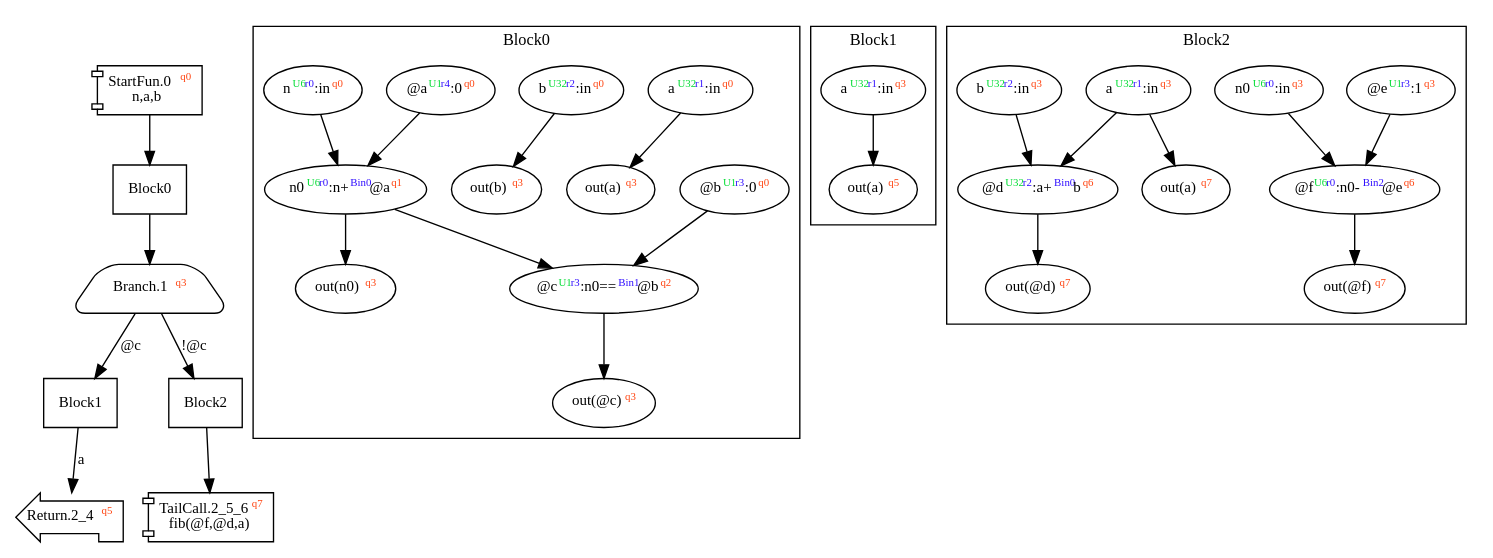
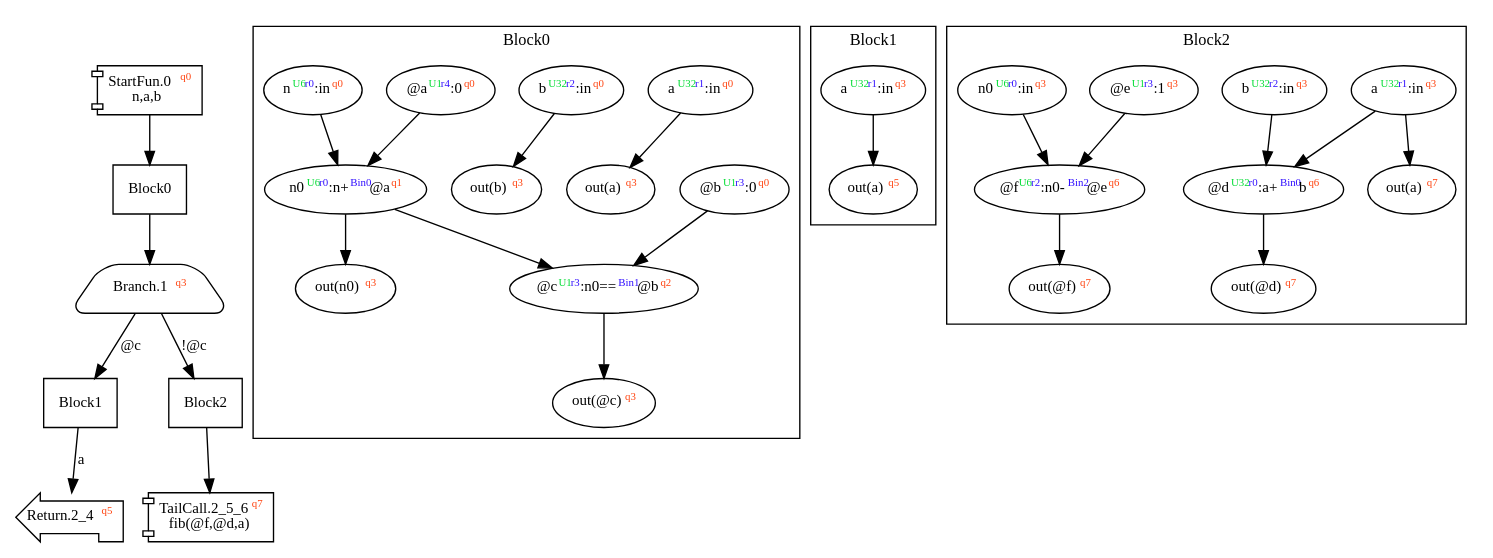
One commit to akouryy/SyntheScala changed the diagram in dist/fib.dot. Above: the diagram before and after it, drawn with Graphviz. The commit also changed 20 other files, not shown here.

Commit message:
Improve GraphDrawer using IndentedStringBuilder

```diff
--- a/dist/fib.dot
+++ b/dist/fib.dot
@@ -1,46 +1,71 @@
 digraph Program_ {
-graph [fontname = "Monaco", fontsize = 12, ranksep = 0.5];
-node [shape = box, fontname = "Monaco", fontsize = 11; colorscheme = pastel19];
-edge [fontname = "Monaco", fontsize = 11; colorscheme = pastel19];
-Jump0[label = <StartFun.0<font color="#ff4411" point-size="8"><sup>q0</sup></font><br/>n,a,b>; shape = component];
-Jump0 -> Block0;
-Jump1[
-  label = <Branch.1<font color="#ff4411" point-size="8"><sup>q3</sup></font>>;
-  shape = trapezium; style = rounded;
-];
-Block0 -> Jump1;
-Jump1 -> Block1 [label="@c"];
-Jump1 -> Block2 [label="!@c"];
-Jump2_4[label = <Return.2_4<font color="#ff4411" point-size="8"><sup>q5</sup></font>>; shape = lpromoter];
-Block1 -> Jump2_4 [label="a"];
-Jump2_5_6[label = <TailCall.2_5_6<font color="#ff4411" point-size="8"><sup>q7</sup></font><br/>fib(@f,@d,a)>; shape = component];
-Block2 -> Jump2_5_6;
-Block0 [label = "Block0"];
-Block1 [label = "Block1"];
-Block2 [label = "Block2"];
-subgraph cluster_dfg_Block0{
-node [shape = oval];
-label = "Block0";
-ndBlock0_0 [label=<out(b)<font color="#ff4411" point-size="8"><sup>q3</sup></font>>];ndBlock0_1 [label=<out(n0)<font color="#ff4411" point-size="8"><sup>q3</sup></font>>];ndBlock0_2 [label=<@b<font color="#00dd33" point-size="8"><sup>U1</sup></font><font color="#3311ff" point-size="8"><sup>r3</sup></font>:0<font color="#ff4411" point-size="8"><sup>q0</sup></font>>];ndBlock0_3 [label=<out(@c)<font color="#ff4411" point-size="8"><sup>q3</sup></font>>];ndBlock0_4 [label=<a<font color="#00dd33" point-size="8"><sup>U32</sup></font><font color="#3311ff" point-size="8"><sup>r1</sup></font>:in<font color="#ff4411" point-size="8"><sup>q0</sup></font>>];ndBlock0_5 [label=<b<font color="#00dd33" point-size="8"><sup>U32</sup></font><font color="#3311ff" point-size="8"><sup>r2</sup></font>:in<font color="#ff4411" point-size="8"><sup>q0</sup></font>>];ndBlock0_6 [label=<out(a)<font color="#ff4411" point-size="8"><sup>q3</sup></font>>];ndBlock0_7 [label=<n0<font color="#00dd33" point-size="8"><sup>U6</sup></font><font color="#3311ff" point-size="8"><sup>r0</sup></font>:n+<font color="#3311ff" point-size="8"><sup>Bin0</sup></font>@a<font color="#ff4411" point-size="8"><sup>q1</sup></font>>];ndBlock0_8 [label=<@c<font color="#00dd33" point-size="8"><sup>U1</sup></font><font color="#3311ff" point-size="8"><sup>r3</sup></font>:n0==<font color="#3311ff" point-size="8"><sup>Bin1</sup></font>@b<font color="#ff4411" point-size="8"><sup>q2</sup></font>>];ndBlock0_9 [label=<@a<font color="#00dd33" point-size="8"><sup>U1</sup></font><font color="#3311ff" point-size="8"><sup>r4</sup></font>:0<font color="#ff4411" point-size="8"><sup>q0</sup></font>>];ndBlock0_10 [label=<n<font color="#00dd33" point-size="8"><sup>U6</sup></font><font color="#3311ff" point-size="8"><sup>r0</sup></font>:in<font color="#ff4411" point-size="8"><sup>q0</sup></font>>];ndBlock0_4 -> ndBlock0_6;
-ndBlock0_8 -> ndBlock0_3;
-ndBlock0_5 -> ndBlock0_0;
-ndBlock0_7 -> ndBlock0_1;
-ndBlock0_9 -> ndBlock0_7;
-ndBlock0_10 -> ndBlock0_7;
-ndBlock0_2 -> ndBlock0_8;
-ndBlock0_7 -> ndBlock0_8;
-}subgraph cluster_dfg_Block1{
-node [shape = oval];
-label = "Block1";
-ndBlock1_0 [label=<a<font color="#00dd33" point-size="8"><sup>U32</sup></font><font color="#3311ff" point-size="8"><sup>r1</sup></font>:in<font color="#ff4411" point-size="8"><sup>q3</sup></font>>];ndBlock1_1 [label=<out(a)<font color="#ff4411" point-size="8"><sup>q5</sup></font>>];ndBlock1_0 -> ndBlock1_1;
-}subgraph cluster_dfg_Block2{
-node [shape = oval];
-label = "Block2";
-ndBlock2_0 [label=<@e<font color="#00dd33" point-size="8"><sup>U1</sup></font><font color="#3311ff" point-size="8"><sup>r3</sup></font>:1<font color="#ff4411" point-size="8"><sup>q3</sup></font>>];ndBlock2_1 [label=<out(@d)<font color="#ff4411" point-size="8"><sup>q7</sup></font>>];ndBlock2_2 [label=<a<font color="#00dd33" point-size="8"><sup>U32</sup></font><font color="#3311ff" point-size="8"><sup>r1</sup></font>:in<font color="#ff4411" point-size="8"><sup>q3</sup></font>>];ndBlock2_3 [label=<out(a)<font color="#ff4411" point-size="8"><sup>q7</sup></font>>];ndBlock2_4 [label=<out(@f)<font color="#ff4411" point-size="8"><sup>q7</sup></font>>];ndBlock2_5 [label=<b<font color="#00dd33" point-size="8"><sup>U32</sup></font><font color="#3311ff" point-size="8"><sup>r2</sup></font>:in<font color="#ff4411" point-size="8"><sup>q3</sup></font>>];ndBlock2_6 [label=<n0<font color="#00dd33" point-size="8"><sup>U6</sup></font><font color="#3311ff" point-size="8"><sup>r0</sup></font>:in<font color="#ff4411" point-size="8"><sup>q3</sup></font>>];ndBlock2_7 [label=<@d<font color="#00dd33" point-size="8"><sup>U32</sup></font><font color="#3311ff" point-size="8"><sup>r2</sup></font>:a+<font color="#3311ff" point-size="8"><sup>Bin0</sup></font>b<font color="#ff4411" point-size="8"><sup>q6</sup></font>>];ndBlock2_8 [label=<@f<font color="#00dd33" point-size="8"><sup>U6</sup></font><font color="#3311ff" point-size="8"><sup>r0</sup></font>:n0-<font color="#3311ff" point-size="8"><sup>Bin2</sup></font>@e<font color="#ff4411" point-size="8"><sup>q6</sup></font>>];ndBlock2_2 -> ndBlock2_3;
-ndBlock2_7 -> ndBlock2_1;
-ndBlock2_8 -> ndBlock2_4;
-ndBlock2_2 -> ndBlock2_7;
-ndBlock2_5 -> ndBlock2_7;
-ndBlock2_0 -> ndBlock2_8;
-ndBlock2_6 -> ndBlock2_8;
-}}
+  graph [fontname = "Monaco", fontsize = 12, ranksep = 0.5];
+  node [shape = box, fontname = "Monaco", fontsize = 11; colorscheme = pastel19];
+  edge [fontname = "Monaco", fontsize = 11; colorscheme = pastel19];
+  Jump0[label = <StartFun.0<font color="#ff4411" point-size="8"><sup>q0</sup></font><br/>n,a,b>; shape = component];
+  Jump0 -> Block0;
+  Jump1[
+    label = <Branch.1<font color="#ff4411" point-size="8"><sup>q3</sup></font>>;
+    shape = trapezium; style = rounded;
+  ];
+  Block0 -> Jump1;
+  Jump1 -> Block1 [label="@c"];
+  Jump1 -> Block2 [label="!@c"];
+  Jump2_4[label = <Return.2_4<font color="#ff4411" point-size="8"><sup>q5</sup></font>>; shape = lpromoter];
+  Block1 -> Jump2_4 [label="a"];
+  Jump2_5_6[label = <TailCall.2_5_6<font color="#ff4411" point-size="8"><sup>q7</sup></font><br/>fib(@f,@d,a)>; shape = component];
+  Block2 -> Jump2_5_6;
+  Block0 [label = "Block0"];
+  Block1 [label = "Block1"];
+  Block2 [label = "Block2"];
+  subgraph cluster_dfg_Block0 {
+    node [shape = oval];
+    label = "Block0";
+    ndBlock0_0 [label=<out(b)<font color="#ff4411" point-size="8"><sup>q3</sup></font>>];
+    ndBlock0_1 [label=<out(n0)<font color="#ff4411" point-size="8"><sup>q3</sup></font>>];
+    ndBlock0_2 [label=<@b<font color="#00dd33" point-size="8"><sup>U1</sup></font><font color="#3311ff" point-size="8"><sup>r3</sup></font>:0<font color="#ff4411" point-size="8"><sup>q0</sup></font>>];
+    ndBlock0_3 [label=<@c<font color="#00dd33" point-size="8"><sup>U1</sup></font><font color="#3311ff" point-size="8"><sup>r3</sup></font>:n0==<font color="#3311ff" point-size="8"><sup>Bin1</sup></font>@b<font color="#ff4411" point-size="8"><sup>q2</sup></font>>];
+    ndBlock0_4 [label=<out(@c)<font color="#ff4411" point-size="8"><sup>q3</sup></font>>];
+    ndBlock0_5 [label=<a<font color="#00dd33" point-size="8"><sup>U32</sup></font><font color="#3311ff" point-size="8"><sup>r1</sup></font>:in<font color="#ff4411" point-size="8"><sup>q0</sup></font>>];
+    ndBlock0_6 [label=<b<font color="#00dd33" point-size="8"><sup>U32</sup></font><font color="#3311ff" point-size="8"><sup>r2</sup></font>:in<font color="#ff4411" point-size="8"><sup>q0</sup></font>>];
+    ndBlock0_7 [label=<@a<font color="#00dd33" point-size="8"><sup>U1</sup></font><font color="#3311ff" point-size="8"><sup>r4</sup></font>:0<font color="#ff4411" point-size="8"><sup>q0</sup></font>>];
+    ndBlock0_8 [label=<n<font color="#00dd33" point-size="8"><sup>U6</sup></font><font color="#3311ff" point-size="8"><sup>r0</sup></font>:in<font color="#ff4411" point-size="8"><sup>q0</sup></font>>];
+    ndBlock0_9 [label=<n0<font color="#00dd33" point-size="8"><sup>U6</sup></font><font color="#3311ff" point-size="8"><sup>r0</sup></font>:n+<font color="#3311ff" point-size="8"><sup>Bin0</sup></font>@a<font color="#ff4411" point-size="8"><sup>q1</sup></font>>];
+    ndBlock0_10 [label=<out(a)<font color="#ff4411" point-size="8"><sup>q3</sup></font>>];
+    ndBlock0_2 -> ndBlock0_3;
+    ndBlock0_3 -> ndBlock0_4;
+    ndBlock0_5 -> ndBlock0_10;
+    ndBlock0_6 -> ndBlock0_0;
+    ndBlock0_7 -> ndBlock0_9;
+    ndBlock0_8 -> ndBlock0_9;
+    ndBlock0_9 -> ndBlock0_1;
+    ndBlock0_9 -> ndBlock0_3;
+  }
+  subgraph cluster_dfg_Block1 {
+    node [shape = oval];
+    label = "Block1";
+    ndBlock1_0 [label=<a<font color="#00dd33" point-size="8"><sup>U32</sup></font><font color="#3311ff" point-size="8"><sup>r1</sup></font>:in<font color="#ff4411" point-size="8"><sup>q3</sup></font>>];
+    ndBlock1_1 [label=<out(a)<font color="#ff4411" point-size="8"><sup>q5</sup></font>>];
+    ndBlock1_0 -> ndBlock1_1;
+  }
+  subgraph cluster_dfg_Block2 {
+    node [shape = oval];
+    label = "Block2";
+    ndBlock2_0 [label=<@e<font color="#00dd33" point-size="8"><sup>U1</sup></font><font color="#3311ff" point-size="8"><sup>r3</sup></font>:1<font color="#ff4411" point-size="8"><sup>q3</sup></font>>];
+    ndBlock2_1 [label=<@d<font color="#00dd33" point-size="8"><sup>U32</sup></font><font color="#3311ff" point-size="8"><sup>r0</sup></font>:a+<font color="#3311ff" point-size="8"><sup>Bin0</sup></font>b<font color="#ff4411" point-size="8"><sup>q6</sup></font>>];
+    ndBlock2_2 [label=<out(@d)<font color="#ff4411" point-size="8"><sup>q7</sup></font>>];
+    ndBlock2_3 [label=<out(a)<font color="#ff4411" point-size="8"><sup>q7</sup></font>>];
+    ndBlock2_4 [label=<out(@f)<font color="#ff4411" point-size="8"><sup>q7</sup></font>>];
+    ndBlock2_5 [label=<@f<font color="#00dd33" point-size="8"><sup>U6</sup></font><font color="#3311ff" point-size="8"><sup>r2</sup></font>:n0-<font color="#3311ff" point-size="8"><sup>Bin2</sup></font>@e<font color="#ff4411" point-size="8"><sup>q6</sup></font>>];
+    ndBlock2_6 [label=<a<font color="#00dd33" point-size="8"><sup>U32</sup></font><font color="#3311ff" point-size="8"><sup>r1</sup></font>:in<font color="#ff4411" point-size="8"><sup>q3</sup></font>>];
+    ndBlock2_7 [label=<b<font color="#00dd33" point-size="8"><sup>U32</sup></font><font color="#3311ff" point-size="8"><sup>r2</sup></font>:in<font color="#ff4411" point-size="8"><sup>q3</sup></font>>];
+    ndBlock2_8 [label=<n0<font color="#00dd33" point-size="8"><sup>U6</sup></font><font color="#3311ff" point-size="8"><sup>r0</sup></font>:in<font color="#ff4411" point-size="8"><sup>q3</sup></font>>];
+    ndBlock2_0 -> ndBlock2_5;
+    ndBlock2_1 -> ndBlock2_2;
+    ndBlock2_5 -> ndBlock2_4;
+    ndBlock2_6 -> ndBlock2_1;
+    ndBlock2_6 -> ndBlock2_3;
+    ndBlock2_7 -> ndBlock2_1;
+    ndBlock2_8 -> ndBlock2_5;
+  }
+}
```
